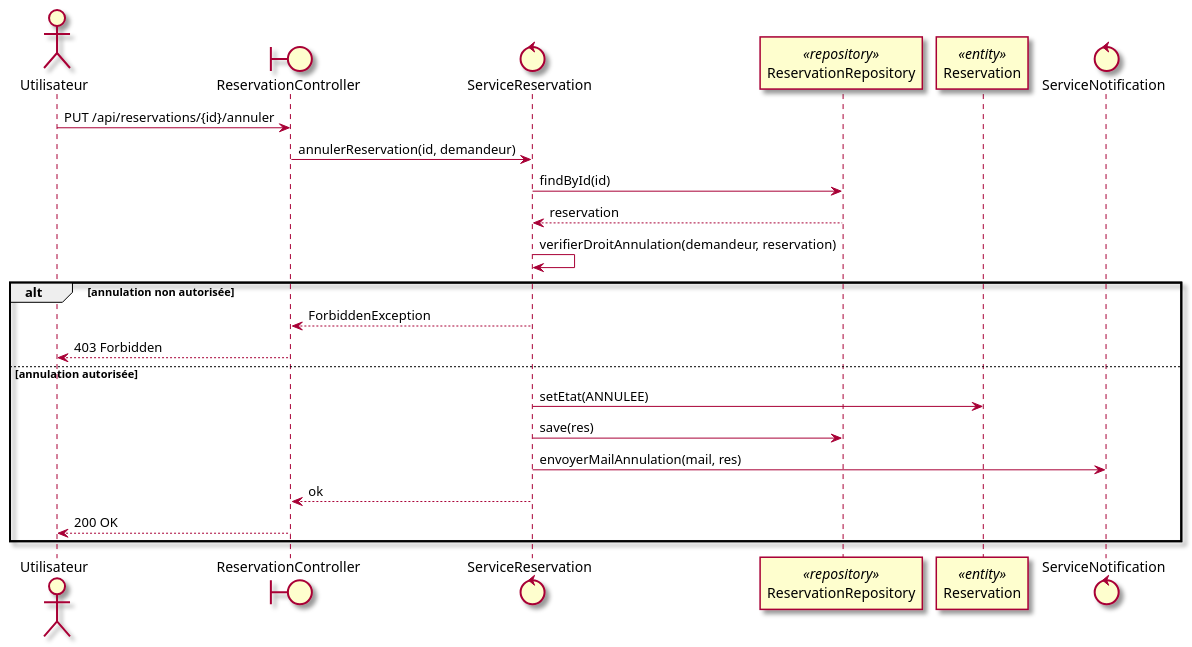
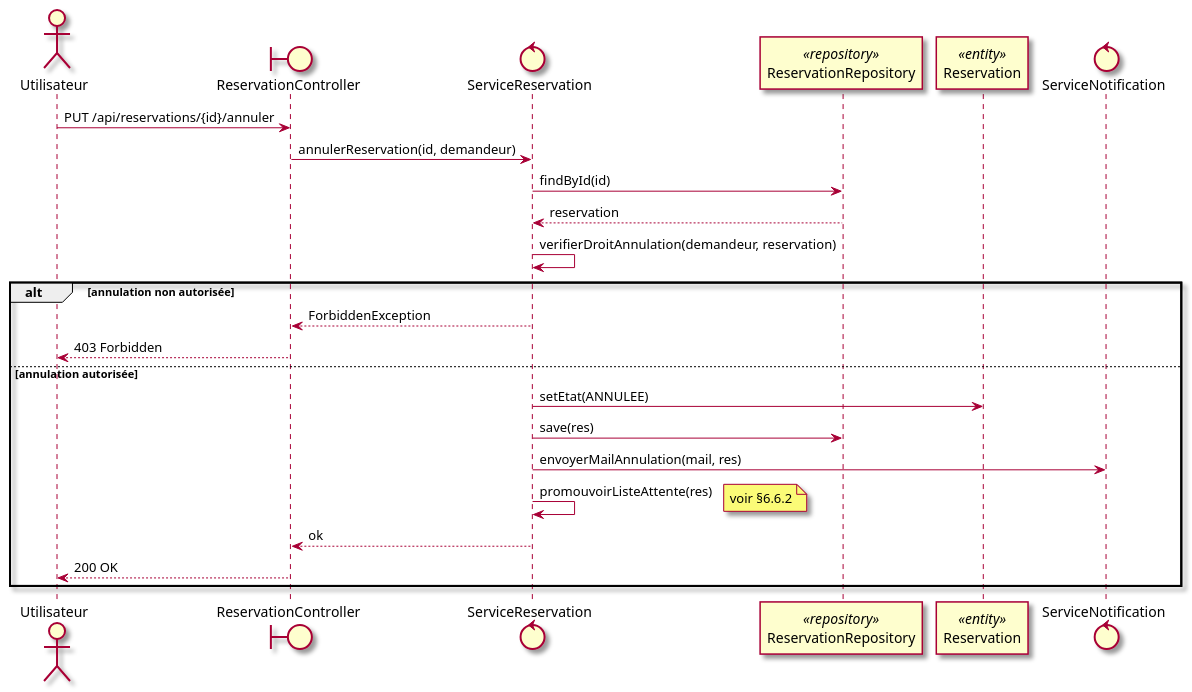
Before and after one commit to mrajaonson/glg204-room-management-system: diagram 24 of 36 in docs/03-Conception.md, drawn with PlantUML. The commit also changed other lines of this file and 5 other files, not shown here.

````diff
--- a/docs/03-Conception.md
+++ b/docs/03-Conception.md
@@ -1164,28 +1165,30 @@
 ```plantuml
 @startuml
 skin rose
 
 actor Utilisateur as u
 boundary ReservationController as ctrl
 control ServiceReservation as svc
 participant ReservationRepository as repo <<repository>>
 participant Reservation as res <<entity>>
 control ServiceNotification as notif
 
 u -> ctrl : PUT /api/reservations/{id}/annuler
 ctrl -> svc : annulerReservation(id, demandeur)
 svc -> repo : findById(id)
 repo --> svc : reservation
 svc -> svc : verifierDroitAnnulation(demandeur, reservation)
 alt annulation non autorisée
   svc --> ctrl : ForbiddenException
   ctrl --> u : 403 Forbidden
 else annulation autorisée
   svc -> res : setEtat(ANNULEE)
   svc -> repo : save(res)
   svc -> notif : envoyerMailAnnulation(mail, res)
+  svc -> svc : promouvoirListeAttente(res)
+  note right : voir §6.6.2
   svc --> ctrl : ok
   ctrl --> u : 200 OK
 end
 @enduml
 ```
````
